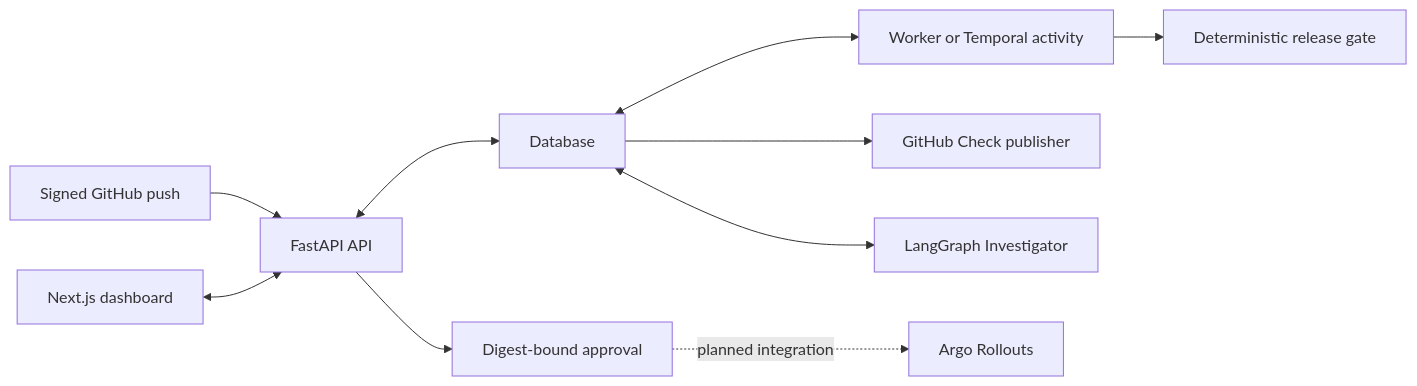
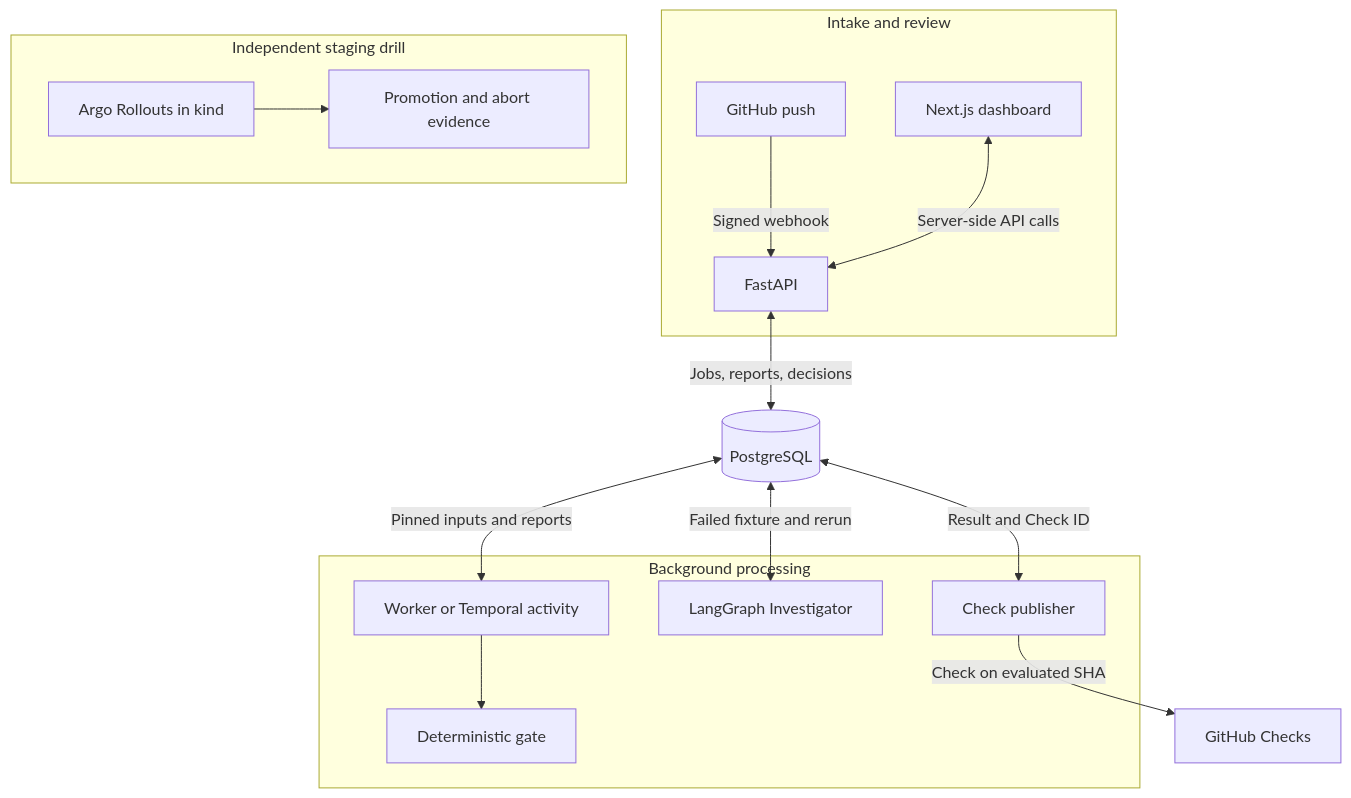
Before and after one commit to sujayv26/release-trace: the first of 2 diagrams in docs/ARCHITECTURE.md, drawn with Mermaid. The commit also changed other lines of this file and 3 other files, not shown here.

Commit message:
Add visual guides for release review and rollout

````diff
--- a/docs/ARCHITECTURE.md
+++ b/docs/ARCHITECTURE.md
@@ -5,12 +7,22 @@
 ```mermaid
-flowchart LR
-    Push["Signed GitHub push"] --> API["FastAPI API"]
-    Dashboard["Next.js dashboard"] <--> API
-    API <--> DB["Database"]
-    DB <--> Worker["Worker or Temporal activity"]
-    Worker --> Gate["Deterministic release gate"]
-    DB --> Check["GitHub Check publisher"]
-    DB <--> Investigator["LangGraph Investigator"]
-    API --> Approval["Digest-bound approval"]
-    Approval -. planned integration .-> Rollout["Argo Rollouts"]
+flowchart TB
+    accTitle: ReleaseTrace system design
+    accDescr: GitHub and the dashboard connect to the API. Evaluation, investigation, and Check publication read persisted state. The kind canary drill runs independently.
+    subgraph Interface["Intake and review"]
+        Push["GitHub push"] -->|Signed webhook| API["FastAPI"]
+        Dashboard["Next.js dashboard"] <-->|Server-side API calls| API
+    end
+    API <-->|Jobs, reports, decisions| DB[("PostgreSQL")]
+    subgraph Jobs["Background processing"]
+        Worker["Worker or Temporal activity"] --> Gate["Deterministic gate"]
+        Investigator["LangGraph Investigator"]
+        Publisher["Check publisher"]
+    end
+    DB <-->|Pinned inputs and reports| Worker
+    DB <-->|Failed fixture and rerun| Investigator
+    DB <-->|Result and Check ID| Publisher
+    Publisher -->|Check on evaluated SHA| GitHub["GitHub Checks"]
+    subgraph Staging["Independent staging drill"]
+        Argo["Argo Rollouts in kind"] --> Evidence["Promotion and abort evidence"]
+    end
 ```
````
